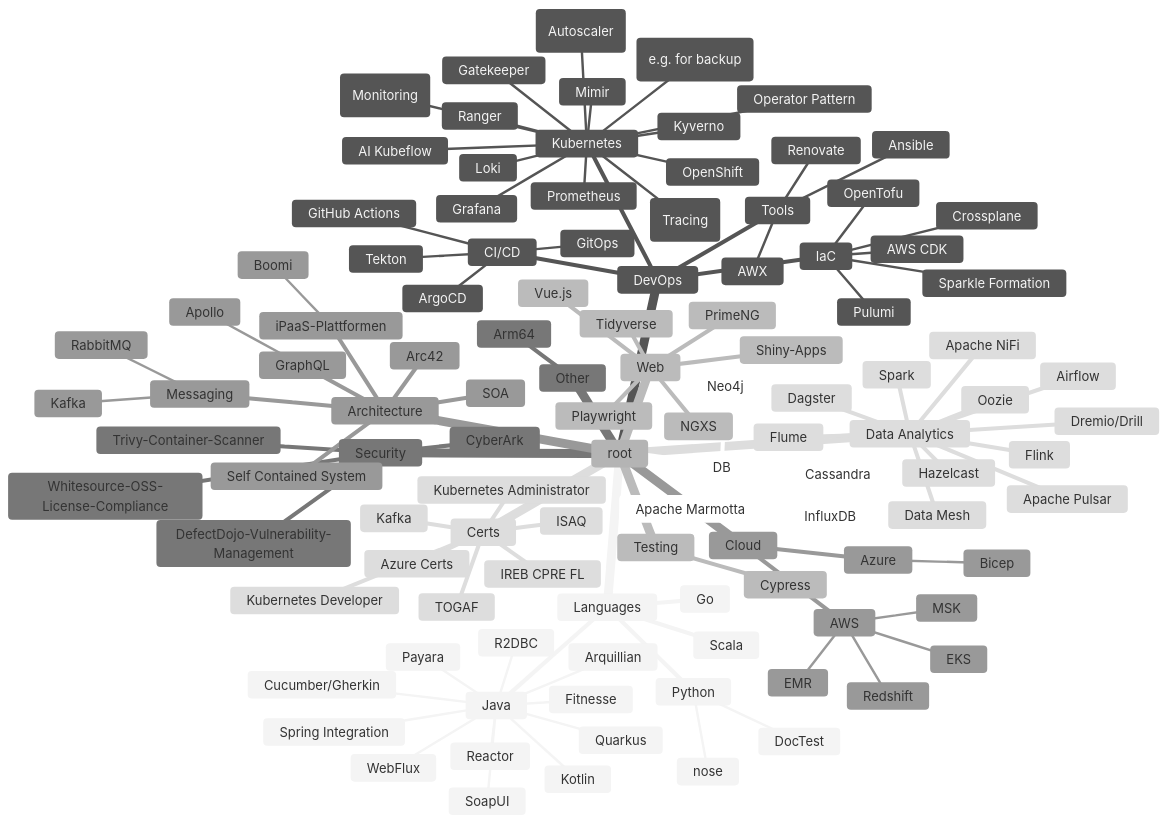
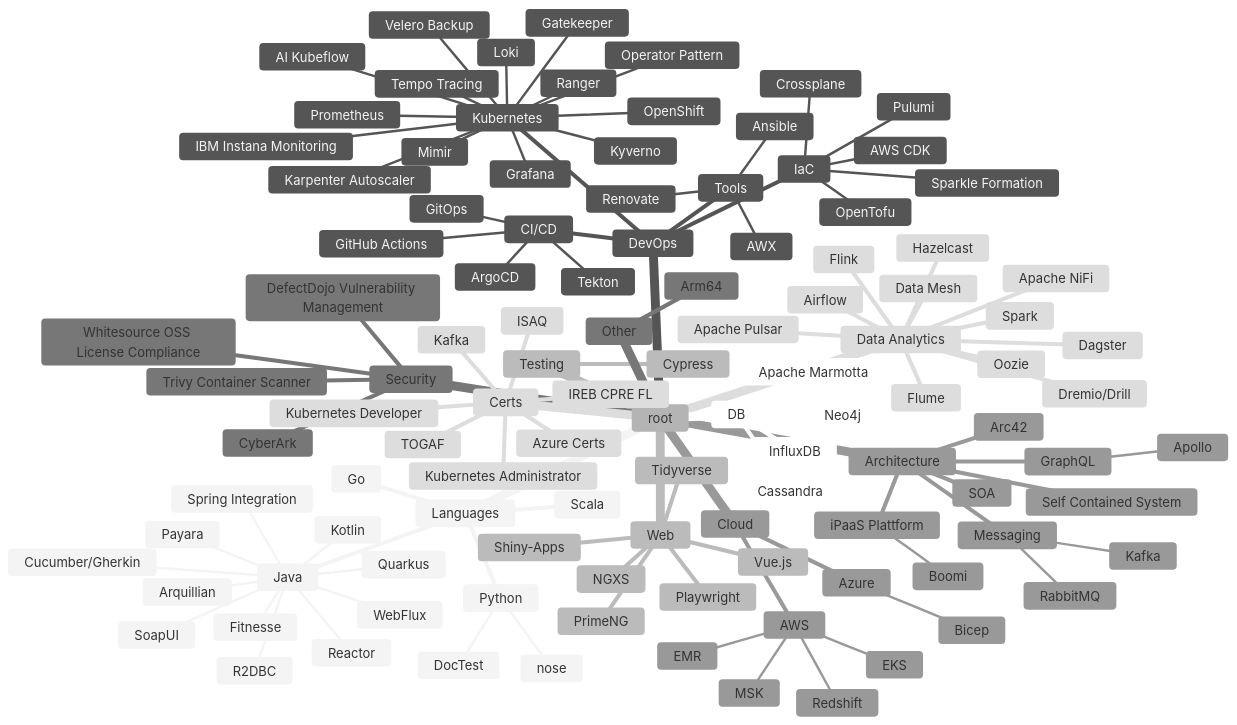
One commit to thinkaboutcode/knowledge-base changed the diagram in trends_cheatsheet.md. Above: the diagram before and after it, drawn with Mermaid (neutral theme).

Commit message:
modified cheatsheet for trends

```diff
--- a/trends_cheatsheet.md
+++ b/trends_cheatsheet.md
@@ -30,13 +30,13 @@
         Mimir
         Grafana
         Loki
-        Tempo (Tracing)
+        Tempo Tracing
         OpenShift
         Ranger
-        IBM Instana (Monitoring)
+        IBM Instana Monitoring
         Operator Pattern
-        Karpenter (Autoscaler)
-        Velero (e.g. for backup)
+        Karpenter Autoscaler
+        Velero Backup
       CI/CD
         Tekton
         GitOps
@@ -55,9 +55,9 @@
     Testing
       Cypress
     Security
-      Whitesource-OSS-License-Compliance
-      Trivy-Container-Scanner
-      DefectDojo-Vulnerability-Management
+      Whitesource OSS License Compliance
+      Trivy Container Scanner
+      DefectDojo Vulnerability Management
       CyberArk
     Architecture
       SOA
@@ -65,7 +65,7 @@
         Apollo
       Arc42
       Self Contained System
-      iPaaS-Plattformen
+      iPaaS Plattform
         Boomi
       Messaging
         Kafka
```
